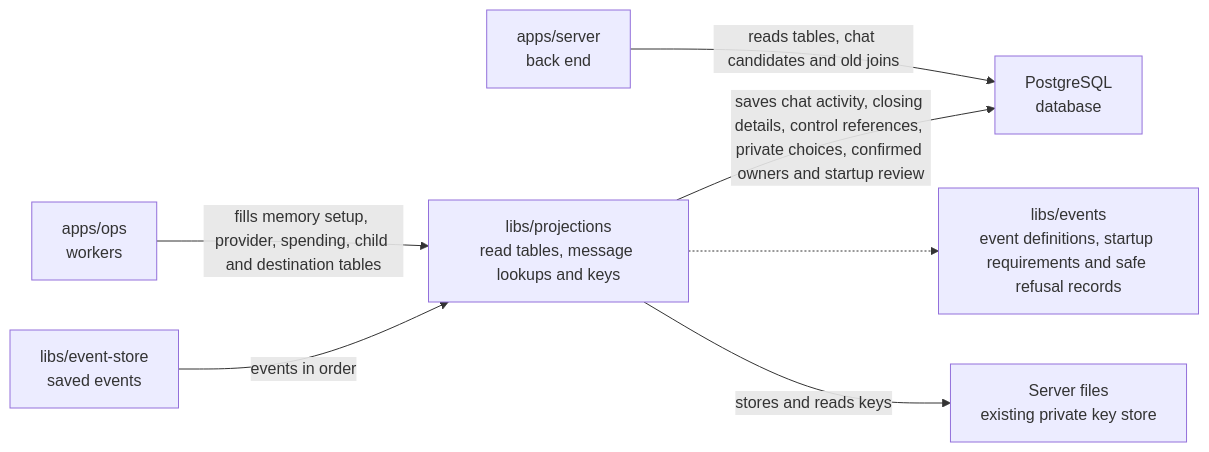
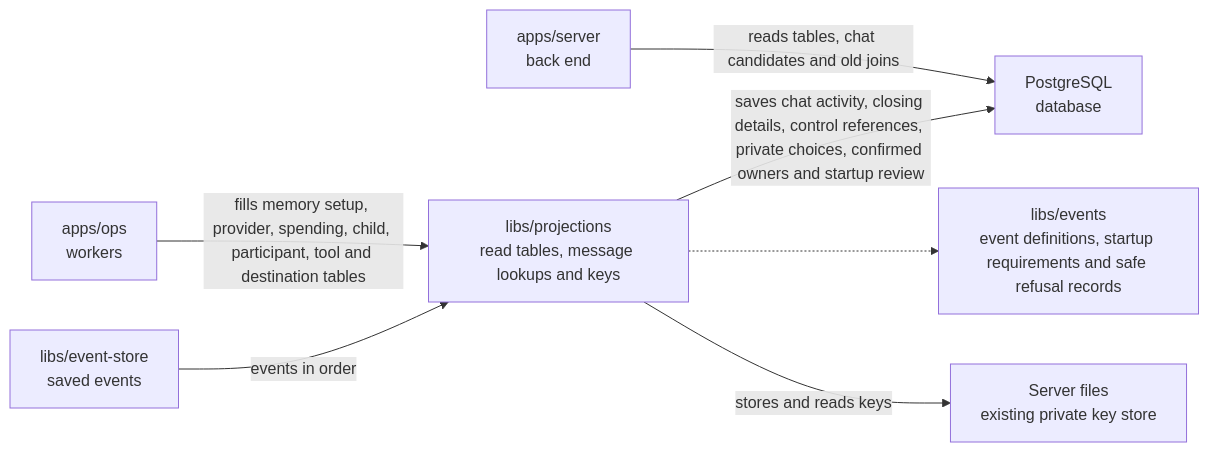
One commit to elewa-git/opencrane-new changed the diagram in libs/projections/README.md. Above: the diagram before and after it, drawn with Mermaid. The commit also changed other lines of this file and 5 other files, not shown here.

Commit message:
🔧 Reuse saved tool history within the memory access deadline

````diff
--- a/libs/projections/README.md
+++ b/libs/projections/README.md
@@ -23,9 +23,9 @@
 ```mermaid
 flowchart LR
-  ops["apps/ops<br/>workers"] -->|fills memory setup, provider, spending, child and destination tables| projections["libs/projections<br/>read tables, message lookups and keys"]
+  ops["apps/ops<br/>workers"] -->|fills memory setup, provider, spending, child, participant, tool and destination tables| projections["libs/projections<br/>read tables, message lookups and keys"]
   server["apps/server<br/>back end"] -->|reads tables, chat candidates and old joins| pg["PostgreSQL<br/>database"]
   projections -->|saves chat activity, closing details, control references, private choices, confirmed owners and startup review| pg
   store["libs/event-store<br/>saved events"] -->|events in order| projections
   projections -.-> events["libs/events<br/>event definitions, startup requirements and safe refusal records"]
   projections -->|stores and reads keys| keys["Server files<br/>existing private key store"]
 ```
````
